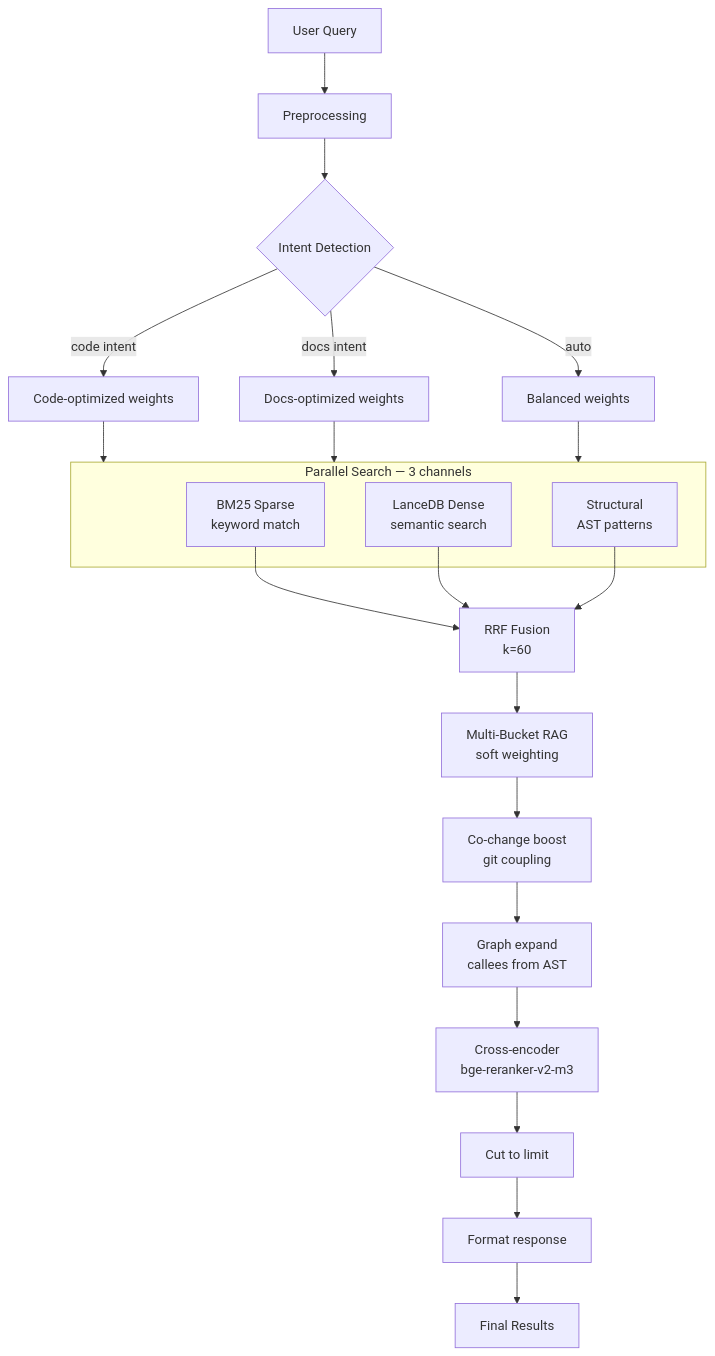
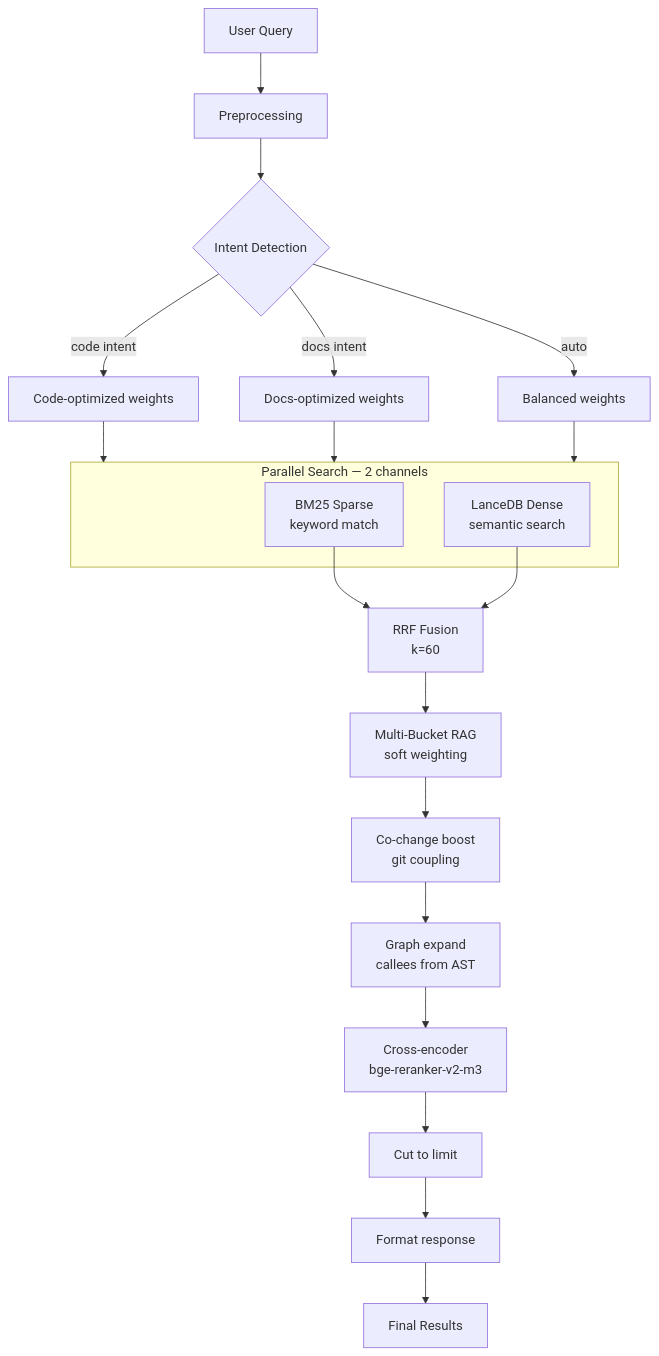
One commit to ManSio/mscodebase-intelligence changed the first of 4 diagrams in docs/en/SEARCH_PIPELINE.md. Above: the diagram before and after it, drawn with Mermaid. The commit also changed other lines of this file and 6 other files, not shown here.

````diff
--- a/docs/en/SEARCH_PIPELINE.md
+++ b/docs/en/SEARCH_PIPELINE.md
@@ -9,31 +9,29 @@
 ```mermaid
 flowchart TD
     Q[User Query] --> PRE[Preprocessing]
     PRE --> INT{Intent Detection}
     INT -->|code intent| CW[Code-optimized weights]
     INT -->|docs intent| DW[Docs-optimized weights]
     INT -->|auto| BW[Balanced weights]
     
     CW --> PAR[Parallel Search]
     DW --> PAR
     BW --> PAR
     
-    subgraph PAR[Parallel Search — 3 channels]
+    subgraph PAR[Parallel Search — 2 channels]
         BM25[BM25 Sparse\nkeyword match]
         DENSE[LanceDB Dense\nsemantic search]
-        STRUCT[Structural\nAST patterns]
     end
     
     BM25 --> RRF[RRF Fusion\nk=60]
     DENSE --> RRF
-    STRUCT --> RRF
     
     RRF --> BUCKET[Multi-Bucket RAG\nsoft weighting]
     BUCKET --> CO[Co-change boost\ngit coupling]
     CO --> GRAPH[Graph expand\ncallees from AST]
     GRAPH --> RERANK[Cross-encoder\nbge-reranker-v2-m3]
     
     RERANK --> CUT[Cut to limit]
     CUT --> FMT[Format response]
     FMT --> RES[Final Results]
 ```
````
